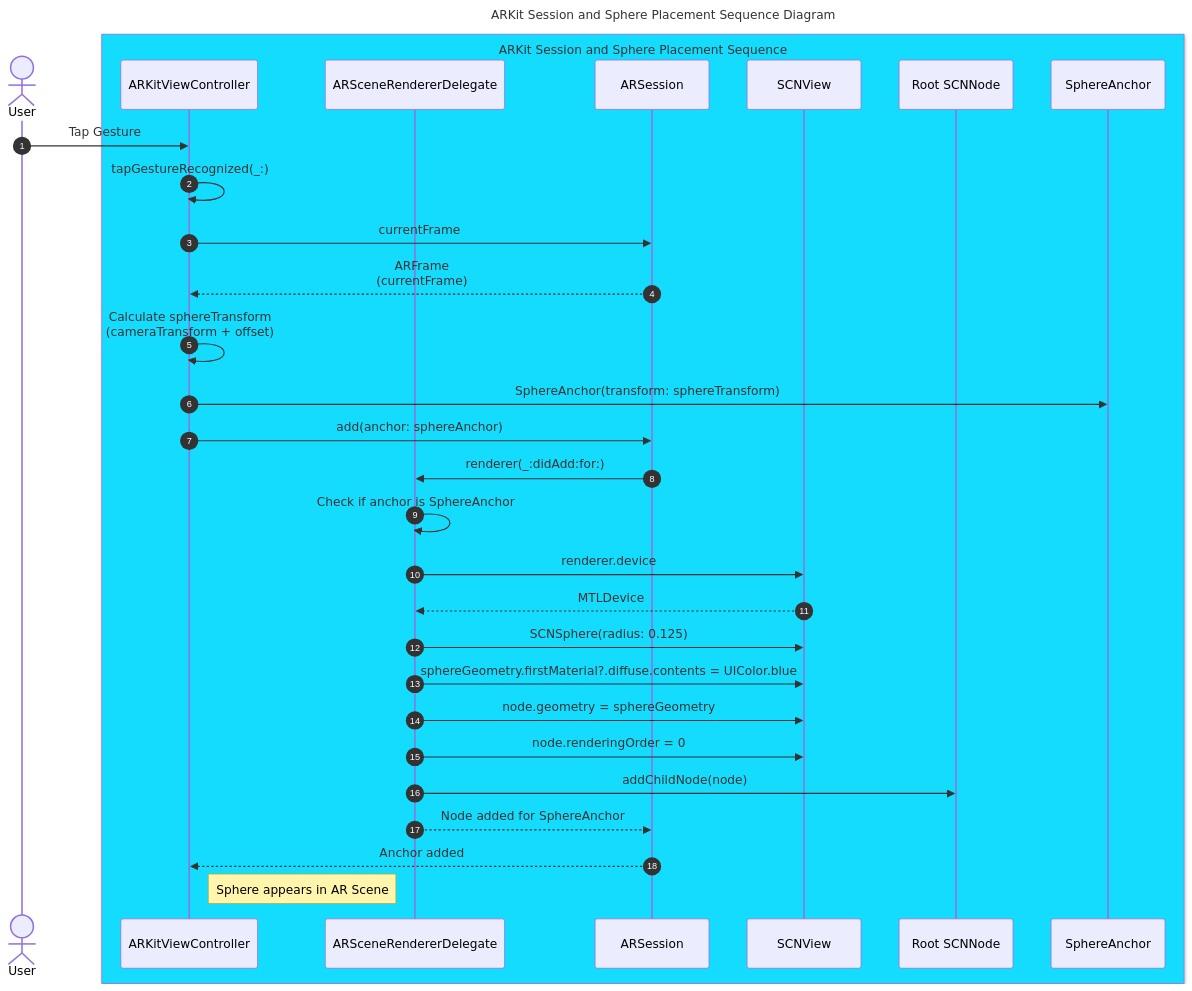
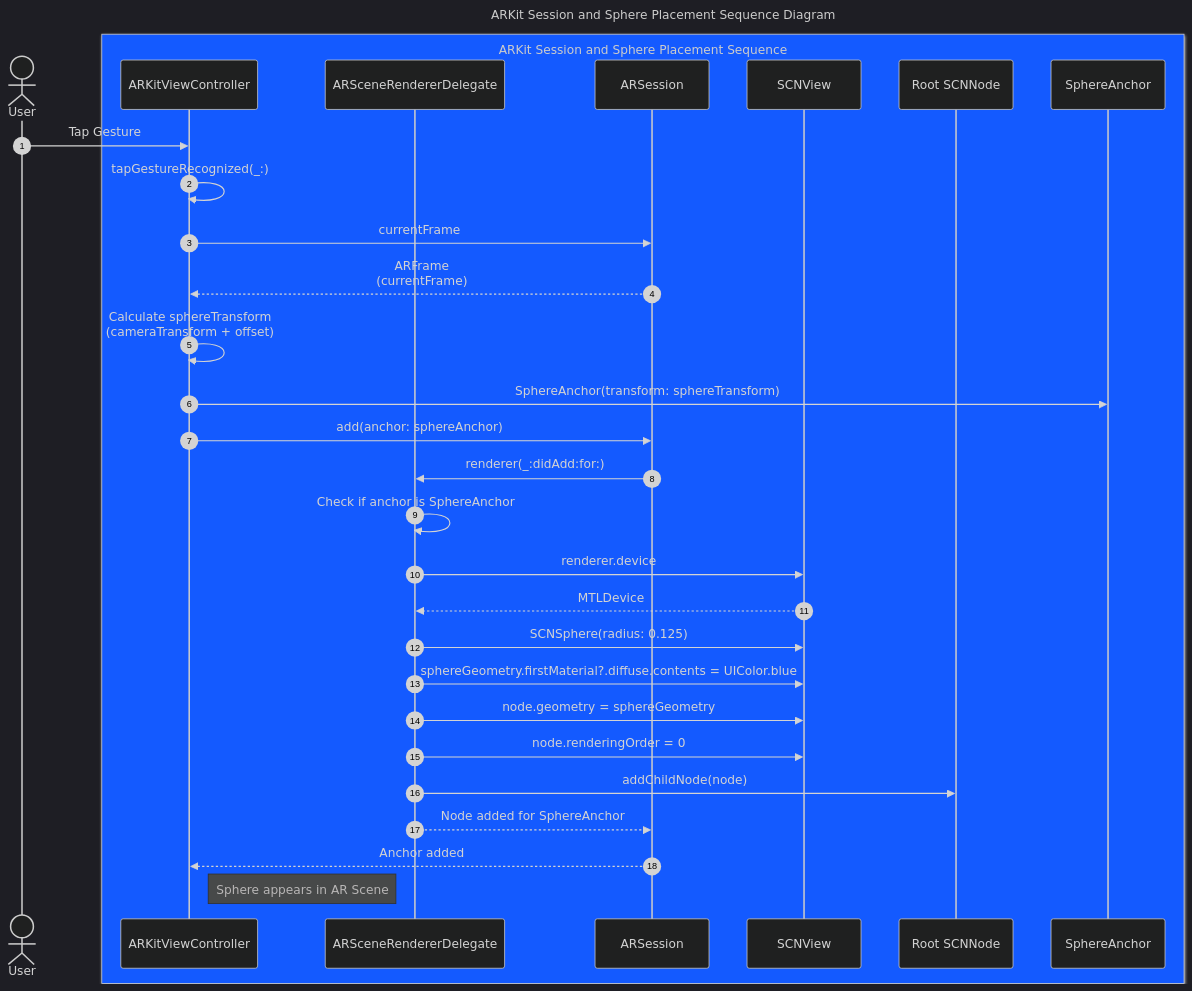
The fourth of 8 diagrams in Documentation_Consolidated_Version_Draft_1.md (CongLeSolutionX/Metal-Primitives), drawn with Mermaid before and after one commit. The commit also changed other lines of this file, not shown here.

````diff
--- a/Documentation_Consolidated_Version_Draft_1.md
+++ b/Documentation_Consolidated_Version_Draft_1.md
@@ -347,40 +352,40 @@
 ```mermaid
 ---
 title: ARKit Session and Sphere Placement Sequence Diagram
 config:
-  theme: default
+  theme: dark
 ---
 sequenceDiagram
     autonumber
     actor User
 
-    box rgb(20, 220, 255) ARKit Session and Sphere Placement Sequence 
+    box rgb(20, 90, 255) ARKit Session and Sphere Placement Sequence 
         participant ARKitViewController
         participant ARSceneRendererDelegate
         participant ARSession
         participant SCNView
         participant Root SCNNode
         participant SphereAnchor
     end
 
     User->>ARKitViewController: Tap Gesture
     ARKitViewController->>ARKitViewController: tapGestureRecognized(_:)
     ARKitViewController->>ARSession: currentFrame
     ARSession-->>ARKitViewController: ARFrame<br>(currentFrame)
     ARKitViewController->>ARKitViewController: Calculate sphereTransform<br>(cameraTransform + offset)
     ARKitViewController->>SphereAnchor: SphereAnchor(transform: sphereTransform)
     ARKitViewController->>ARSession: add(anchor: sphereAnchor)
     ARSession->>ARSceneRendererDelegate: renderer(_:didAdd:for:)
     ARSceneRendererDelegate->>ARSceneRendererDelegate: Check if anchor is SphereAnchor
     ARSceneRendererDelegate->>SCNView: renderer.device
     SCNView-->>ARSceneRendererDelegate: MTLDevice
     ARSceneRendererDelegate->>SCNView: SCNSphere(radius: 0.125)
     ARSceneRendererDelegate->>SCNView: sphereGeometry.firstMaterial?.diffuse.contents = UIColor.blue
     ARSceneRendererDelegate->>SCNView: node.geometry = sphereGeometry
     ARSceneRendererDelegate->>SCNView: node.renderingOrder = 0
     ARSceneRendererDelegate->>Root SCNNode: addChildNode(node)
     ARSceneRendererDelegate-->>ARSession: Node added for SphereAnchor
     ARSession-->>ARKitViewController: Anchor added
 
     Note right of ARKitViewController: Sphere appears in AR Scene
 ```
````
